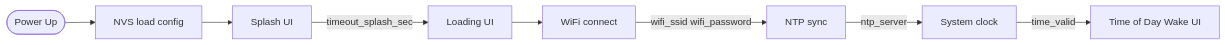
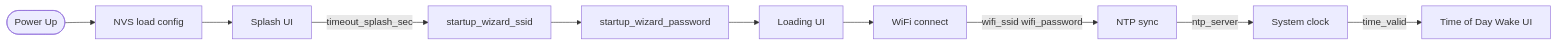
The first of 4 diagrams in docs/data_flow.md (mattlat21/TimeDisk), drawn with Mermaid before and after one commit. The commit also changed other lines of this file and 2 other files, not shown here.

Commit message:
Added Wifi Wizard

````diff
--- a/docs/data_flow.md
+++ b/docs/data_flow.md
@@ -11,19 +11,23 @@
 ```mermaid
 flowchart LR
     powerUp([Power Up])
     nvsLoad[NVS load config]
     splash[Splash UI]
+    wizardSsid[startup_wizard_ssid]
+    wizardPw[startup_wizard_password]
     loading[Loading UI]
     wifi[WiFi connect]
     ntp[NTP sync]
     rtc[System clock]
     todUI[Time of Day Wake UI]
 
     powerUp --> nvsLoad
     nvsLoad --> splash
-    splash -->|"timeout_splash_sec"| loading
-  loading --> wifi
+    splash -->|"timeout_splash_sec"| wizardSsid
+    wizardSsid --> wizardPw
+    wizardPw --> loading
+    loading --> wifi
     wifi -->|"wifi_ssid wifi_password"| ntp
     ntp -->|"ntp_server"| rtc
     rtc -->|"time_valid"| todUI
 ```
````
